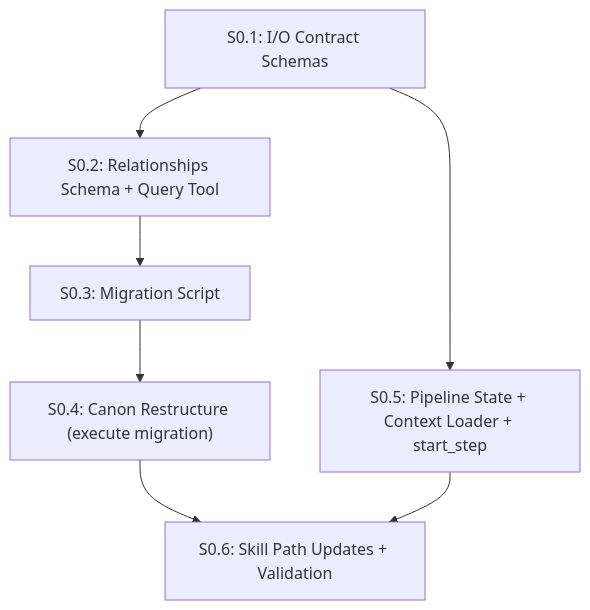
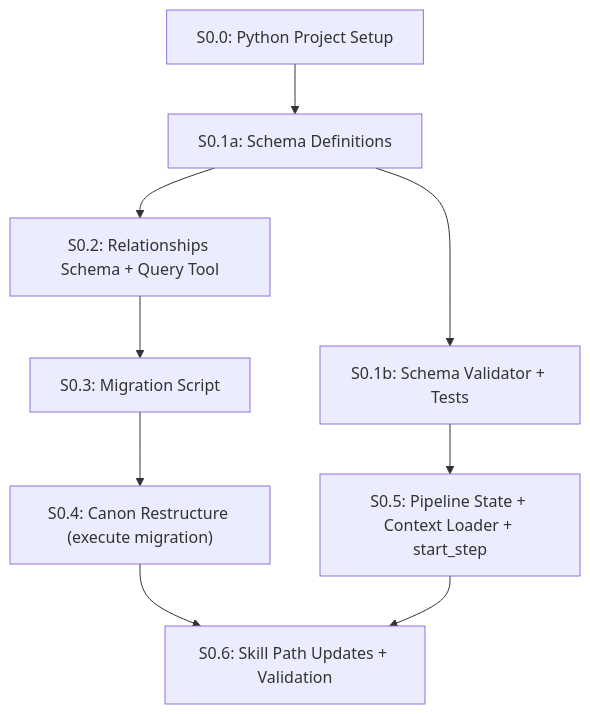
Before and after one commit to Deland78/Claude-Writing-Skills: the diagram in docs/phase0_detailed_plan.md, drawn with Mermaid. The commit also changed other lines of this file and 37 other files, not shown here.

````diff
--- a/docs/phase0_detailed_plan.md
+++ b/docs/phase0_detailed_plan.md
@@ -5,16 +5,20 @@
 ```mermaid
 flowchart TD
-    S1["S0.1: I/O Contract Schemas"]
+    S0["S0.0: Python Project Setup"]
+    S1a["S0.1a: Schema Definitions"]
+    S1b["S0.1b: Schema Validator + Tests"]
     S2["S0.2: Relationships Schema + Query Tool"]
     S3["S0.3: Migration Script"]
     S4["S0.4: Canon Restructure (execute migration)"]
     S5["S0.5: Pipeline State + Context Loader + start_step"]
     S6["S0.6: Skill Path Updates + Validation"]
 
-    S1 --> S2
-    S1 --> S5
+    S0 --> S1a
+    S1a --> S1b
+    S1a --> S2
+    S1b --> S5
     S2 --> S3
     S3 --> S4
     S4 --> S6
     S5 --> S6
 ```
````
